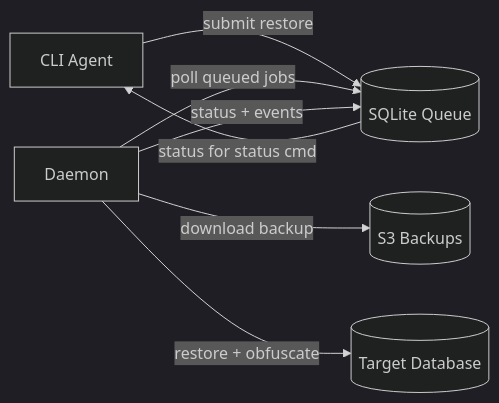
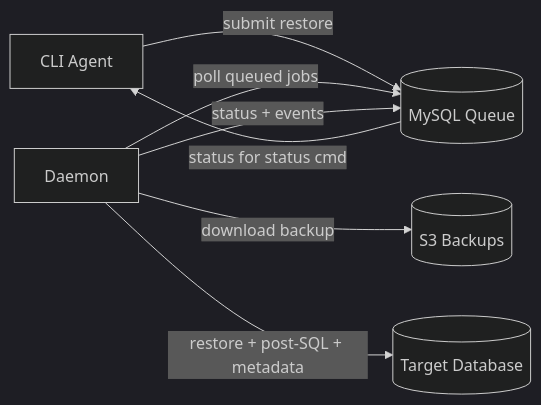
Before and after one commit to CharlesHandshy/pullDB: the fifth of 6 diagrams in README.md, drawn with Mermaid (dark theme). The commit also changed other lines of this file and 5 other files, not shown here.

First line of the commit message:
Replace SQLite with MySQL as coordination layer and add Copilot instructions

````diff
--- a/README.md
+++ b/README.md
@@ -254,9 +254,9 @@
 ```mermaid
 flowchart LR
-  CLI["CLI Agent"] -->|submit restore| SQLite[(SQLite Queue)]
-  Daemon["Daemon"] -->|poll queued jobs| SQLite
+  CLI["CLI Agent"] -->|submit restore| MySQL[(MySQL Queue)]
+  Daemon["Daemon"] -->|poll queued jobs| MySQL
   Daemon -->|download backup| S3[(S3 Backups)]
-  Daemon -->|restore + obfuscate| DevDB[(Target Database)]
-  Daemon -->|status + events| SQLite
-  SQLite -->|status for status cmd| CLI
+  Daemon -->|restore + post-SQL + metadata| DevDB[(Target Database)]
+  Daemon -->|status + events| MySQL
+  MySQL -->|status for status cmd| CLI
 ```
````
